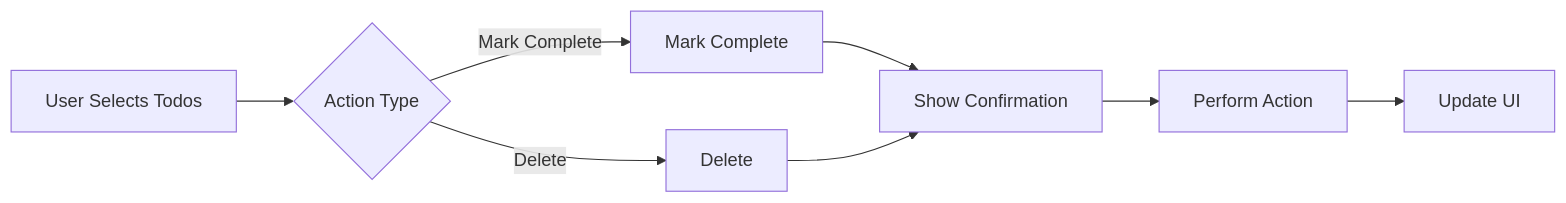
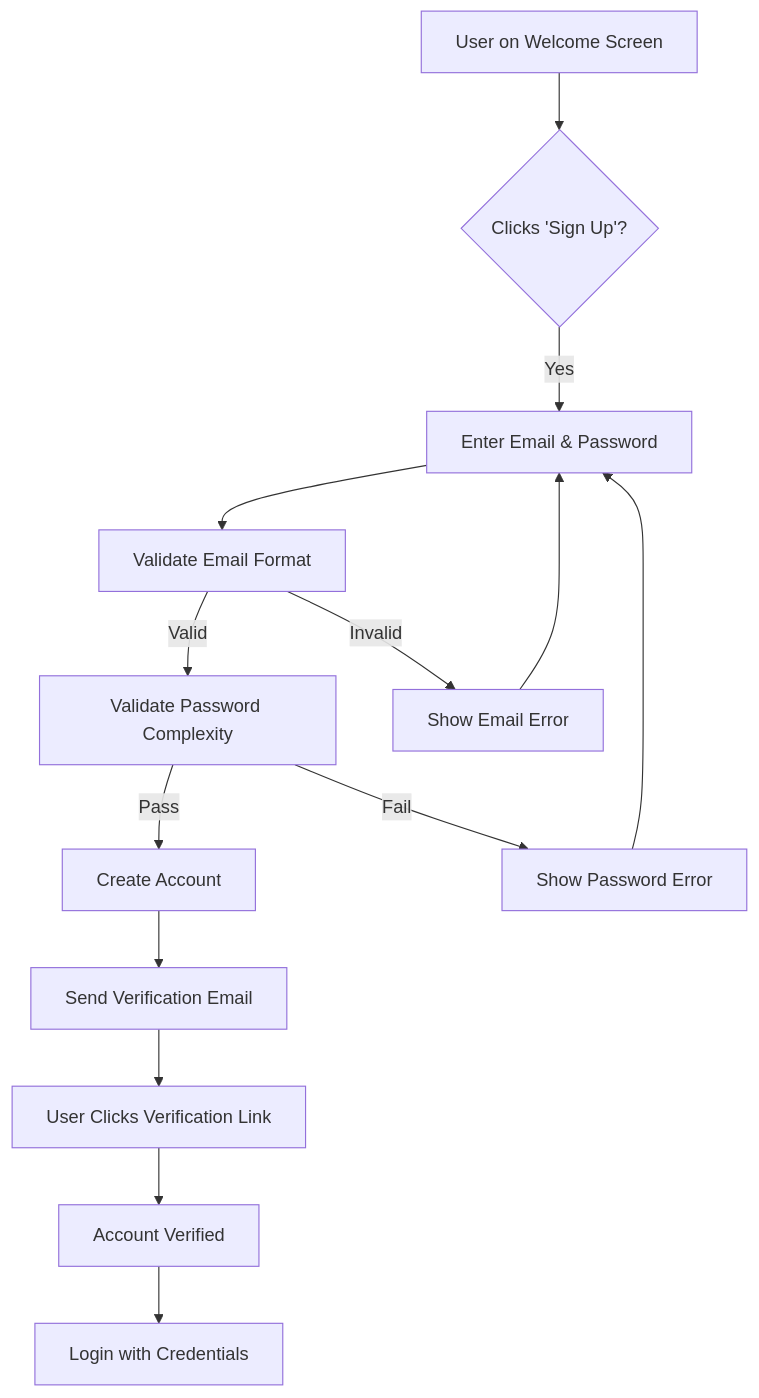
The first of 2 diagrams in qwen/qwen3-30b-a3b-thinking-2507/todo/docs/analysis/07-secondary-scenarios.md (wrtnlabs/autobe-examples), drawn with Mermaid before and after one commit. The commit also changed other lines of this file and 11104 other files, not shown here.

````diff
--- a/qwen/qwen3-30b-a3b-thinking-2507/todo/docs/analysis/07-secondary-scenarios.md
+++ b/qwen/qwen3-30b-a3b-thinking-2507/todo/docs/analysis/07-secondary-scenarios.md
@@ -199,17 +64,16 @@
 ```mermaid
-graph LR
-  A[User Selects Todos]
-  B{Action Type}
-  C[Mark Complete]
-  D[Delete]
-  E[Show Confirmation]
-  F[Perform Action]
-  G[Update UI]
-  A --> B
-  B -->|Mark Complete| C
-  B -->|Delete| D
-  C --> E
-  D --> E
-  E --> F
-  F --> G
-```
+graph TB
+    A[User on Welcome Screen] --> B{Clicks 'Sign Up'?}
+    B -->|Yes| C[Enter Email & Password]
+    C --> D[Validate Email Format]
+    D -->|Valid| E[Validate Password Complexity]
+    E -->|Pass| F[Create Account]
+    F --> G[Send Verification Email]
+    G --> H[User Clicks Verification Link]
+    H --> I[Account Verified]
+    I --> J[Login with Credentials]
+    D -->|Invalid| K[Show Email Error]
+    K --> C
+    E -->|Fail| L[Show Password Error]
+    L --> C
+``` 
````
